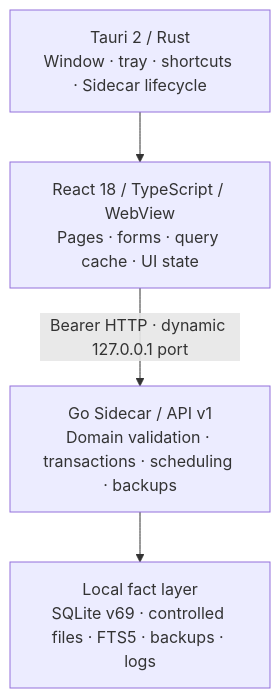
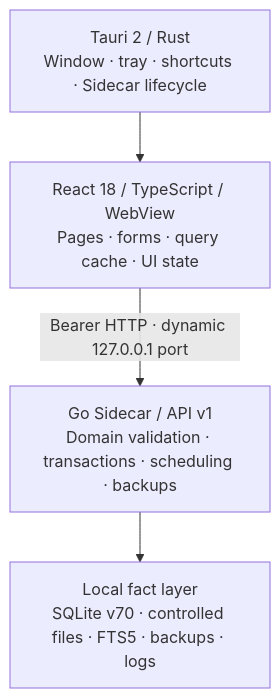
The diagram in README.en.md (DingxinTao0417/opc-workspace), drawn with Mermaid before and after one commit. The commit also changed other lines of this file and 86 other files, not shown here.

````diff
--- a/README.en.md
+++ b/README.en.md
@@ -128,11 +128,11 @@
 ```mermaid
 flowchart TB
     Desktop["Tauri 2 / Rust<br/>Window · tray · shortcuts · Sidecar lifecycle"]
     Web["React 18 / TypeScript / WebView<br/>Pages · forms · query cache · UI state"]
     API["Go Sidecar / API v1<br/>Domain validation · transactions · scheduling · backups"]
-    Data["Local fact layer<br/>SQLite v69 · controlled files · FTS5 · backups · logs"]
+    Data["Local fact layer<br/>SQLite v70 · controlled files · FTS5 · backups · logs"]
 
     Desktop --> Web
     Web -->|"Bearer HTTP · dynamic 127.0.0.1 port"| API
     API --> Data
 ```
````
